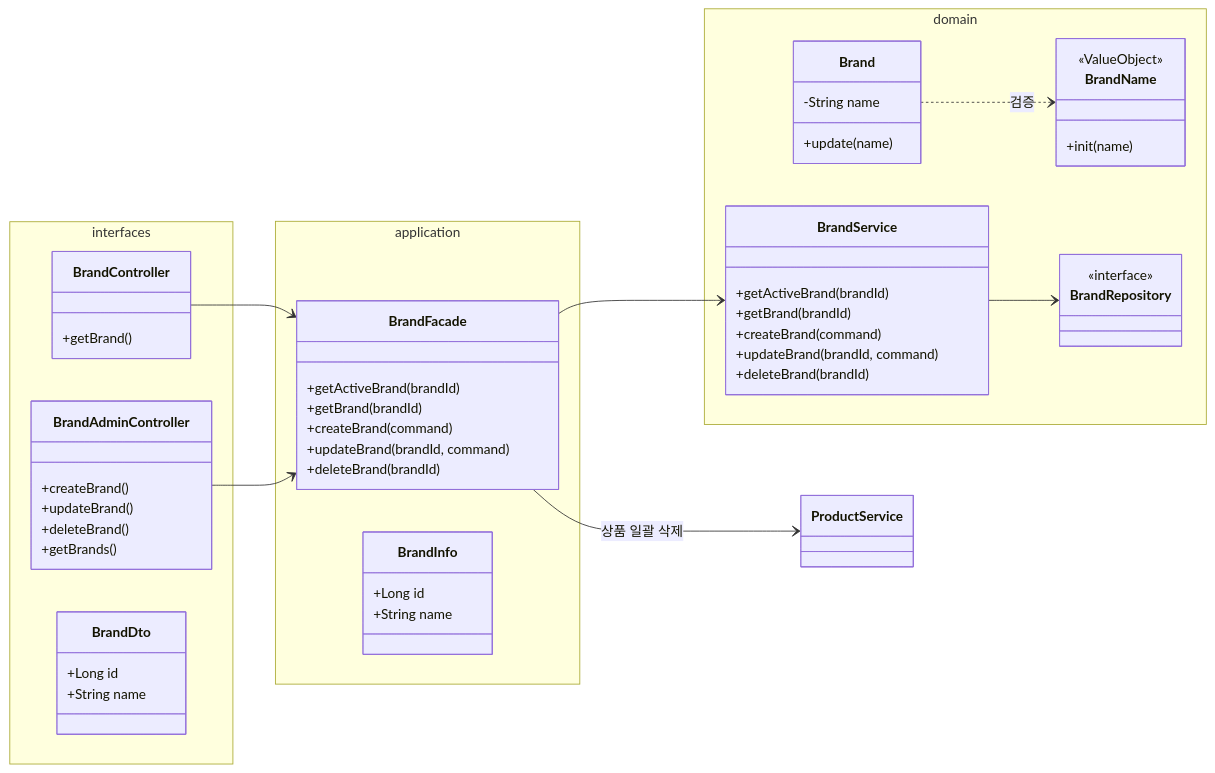
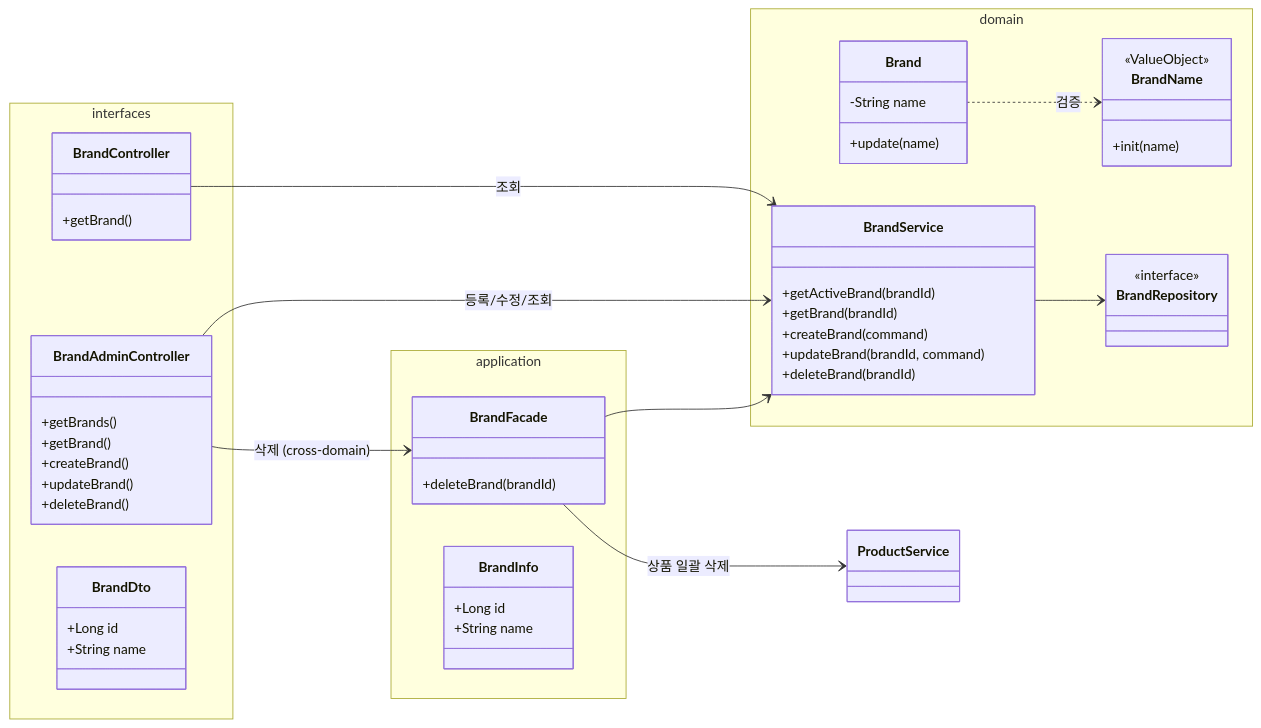
One commit to Loopers-dev-lab/loop-pack-be-l2-vol3-kotlin changed the second of 7 diagrams in docs/design-v2/03-class-diagram-v2.md. Above: the diagram before and after it, drawn with Mermaid. The commit also changed other lines of this file and 6 other files, not shown here.

First line of the commit message:
docs: v2 설계 문서 2차 리뷰 반영 — 6건 이슈 해소, 플로우차트·마인드맵 추가

````diff
--- a/docs/design-v2/03-class-diagram-v2.md
+++ b/docs/design-v2/03-class-diagram-v2.md
@@ -108,62 +108,60 @@
 ```mermaid
 classDiagram
     direction LR
 
     namespace interfaces {
         class BrandController {
             +getBrand()
         }
         class BrandAdminController {
+            +getBrands()
+            +getBrand()
             +createBrand()
             +updateBrand()
             +deleteBrand()
-            +getBrands()
         }
         class BrandDto {
             +Long id
             +String name
         }
     }
 
     namespace application {
         class BrandFacade {
-            +getActiveBrand(brandId)
-            +getBrand(brandId)
-            +createBrand(command)
-            +updateBrand(brandId, command)
             +deleteBrand(brandId)
         }
         class BrandInfo {
             +Long id
             +String name
         }
     }
 
     namespace domain {
         class Brand {
             -String name
             +update(name)
         }
         class BrandName {
             <<ValueObject>>
             +init(name)
         }
         class BrandService {
             +getActiveBrand(brandId)
             +getBrand(brandId)
             +createBrand(command)
             +updateBrand(brandId, command)
             +deleteBrand(brandId)
         }
         class BrandRepository {
             <<interface>>
         }
     }
 
-    BrandController --> BrandFacade
-    BrandAdminController --> BrandFacade
+    BrandController --> BrandService: 조회
+    BrandAdminController --> BrandService: 등록/수정/조회
+    BrandAdminController --> BrandFacade: 삭제 (cross-domain)
     BrandFacade --> BrandService
     BrandFacade --> ProductService: 상품 일괄 삭제
     BrandService --> BrandRepository
     Brand ..> BrandName: 검증
 ```
````
